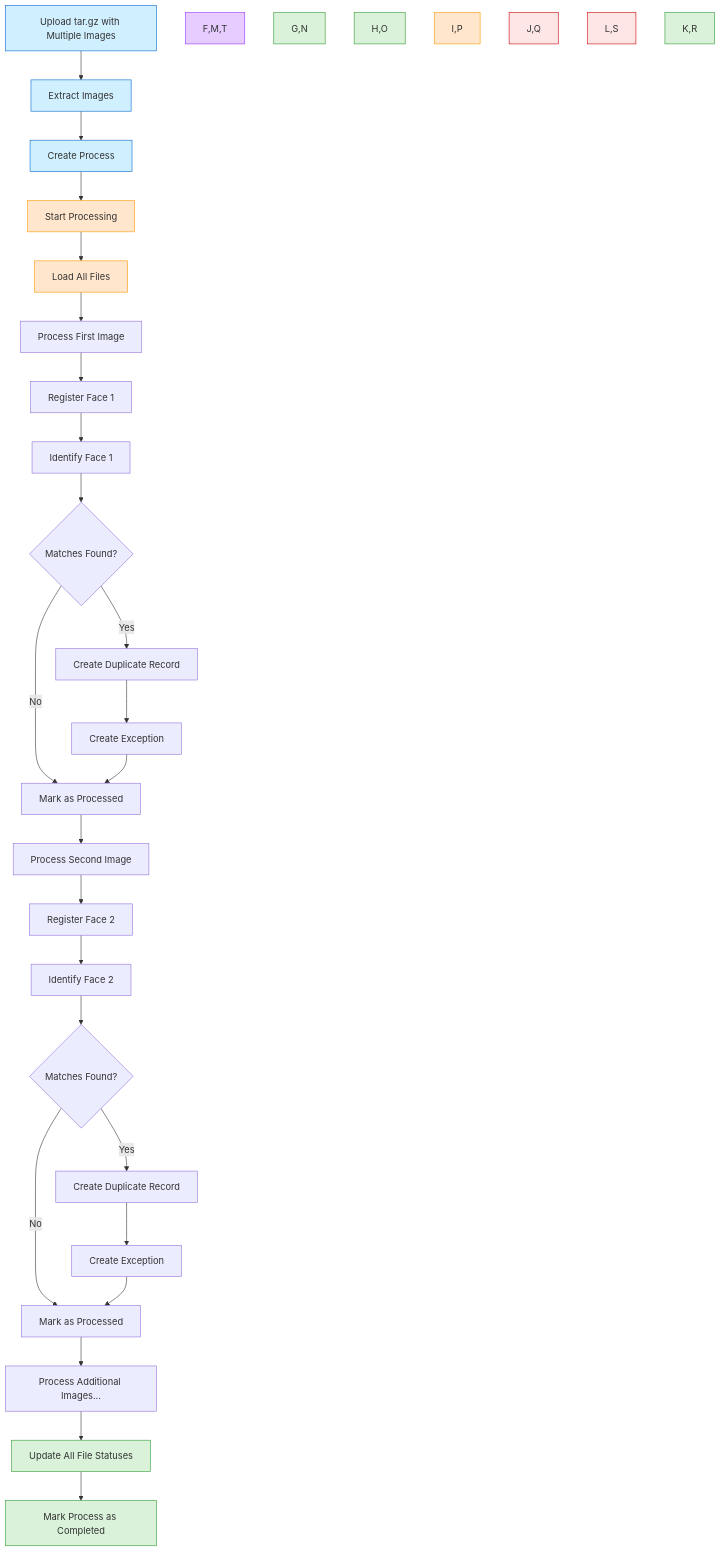
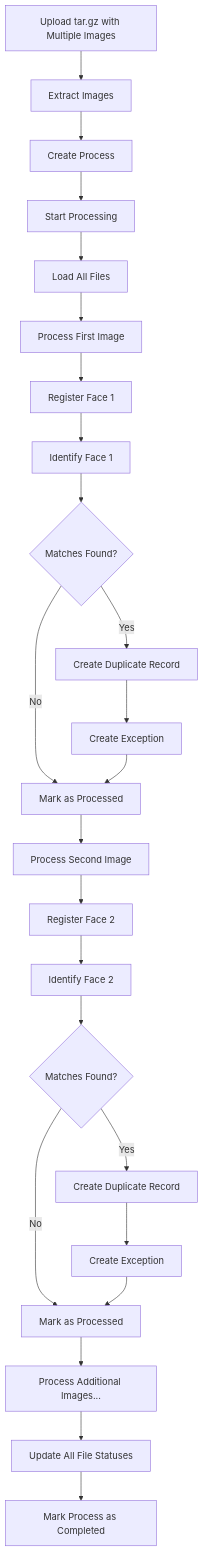
Before and after one commit to fares1919-ltrch/Backend-stage: the third of 3 diagrams in Documentation/ExampleTwo.md, drawn with Mermaid. The commit also changed other lines of this file and 20 other files, not shown here.

````diff
--- a/Documentation/ExampleTwo.md
+++ b/Documentation/ExampleTwo.md
@@ -133,46 +129,33 @@
 ```mermaid
 flowchart TD
     A[Upload tar.gz with Multiple Images] --> B[Extract Images]
     B --> C[Create Process]
     C --> D[Start Processing]
 
     D --> E[Load All Files]
 
     E --> F[Process First Image]
     F --> G[Register Face 1]
     G --> H[Identify Face 1]
     H --> I{Matches Found?}
     I -->|Yes| J[Create Duplicate Record]
     I -->|No| K[Mark as Processed]
     J --> L[Create Exception]
     L --> K
 
     K --> M[Process Second Image]
     M --> N[Register Face 2]
     N --> O[Identify Face 2]
     O --> P{Matches Found?}
     P -->|Yes| Q[Create Duplicate Record]
     P -->|No| R[Mark as Processed]
     Q --> S[Create Exception]
     S --> R
 
     R --> T[Process Additional Images...]
 
     T --> U[Update All File Statuses]
     U --> V[Mark Process as Completed]
 
-    style A fill:#d1f0ff,stroke:#0066cc
-    style B fill:#d1f0ff,stroke:#0066cc
-    style C fill:#d1f0ff,stroke:#0066cc
-    style D fill:#ffe6cc,stroke:#ff9900
-    style E fill:#ffe6cc,stroke:#ff9900
-    style F,M,T fill:#e6ccff,stroke:#9933ff
-    style G,N fill:#d9f2d9,stroke:#339933
-    style H,O fill:#d9f2d9,stroke:#339933
-    style I,P fill:#ffe6cc,stroke:#ff9900
-    style J,Q fill:#ffe6e6,stroke:#cc0000
-    style L,S fill:#ffe6e6,stroke:#cc0000
-    style K,R fill:#d9f2d9,stroke:#339933
-    style U fill:#d9f2d9,stroke:#339933
-    style V fill:#d9f2d9,stroke:#339933
+
 ```
````
